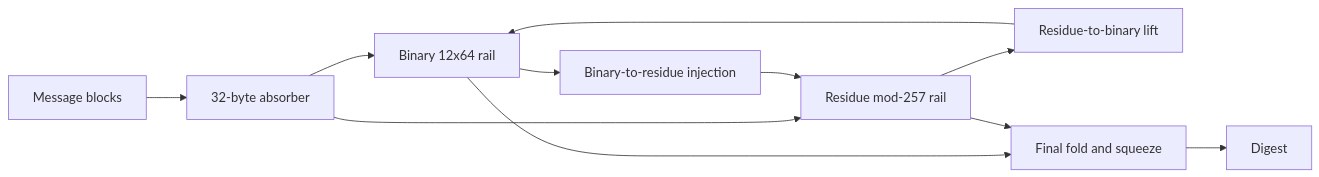
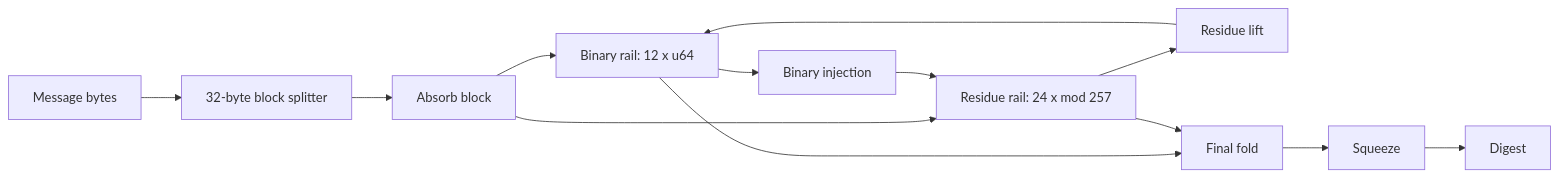
One commit to tojifushigura/kryon changed the diagram in docs/SPEC.md. Above: the diagram before and after it, drawn with Mermaid. The commit also changed other lines of this file, not shown here.

````diff
--- a/docs/SPEC.md
+++ b/docs/SPEC.md
@@ -21,13 +29,15 @@
 ```mermaid
 flowchart LR
-  M[Message blocks] --> A[32-byte absorber]
-  A --> B[Binary 12x64 rail]
-  A --> R[Residue mod-257 rail]
-  R --> L[Residue-to-binary lift]
-  L --> B
-  B --> RI[Binary-to-residue injection]
-  RI --> R
-  B --> F[Final fold and squeeze]
+  M[Message bytes] --> B[32-byte block splitter]
+  B --> A[Absorb block]
+  A --> X[Binary rail: 12 x u64]
+  A --> R[Residue rail: 24 x mod 257]
+  R --> L[Residue lift]
+  L --> X
+  X --> I[Binary injection]
+  I --> R
+  X --> F[Final fold]
   R --> F
-  F --> D[Digest]
+  F --> S[Squeeze]
+  S --> D[Digest]
 ```
````
